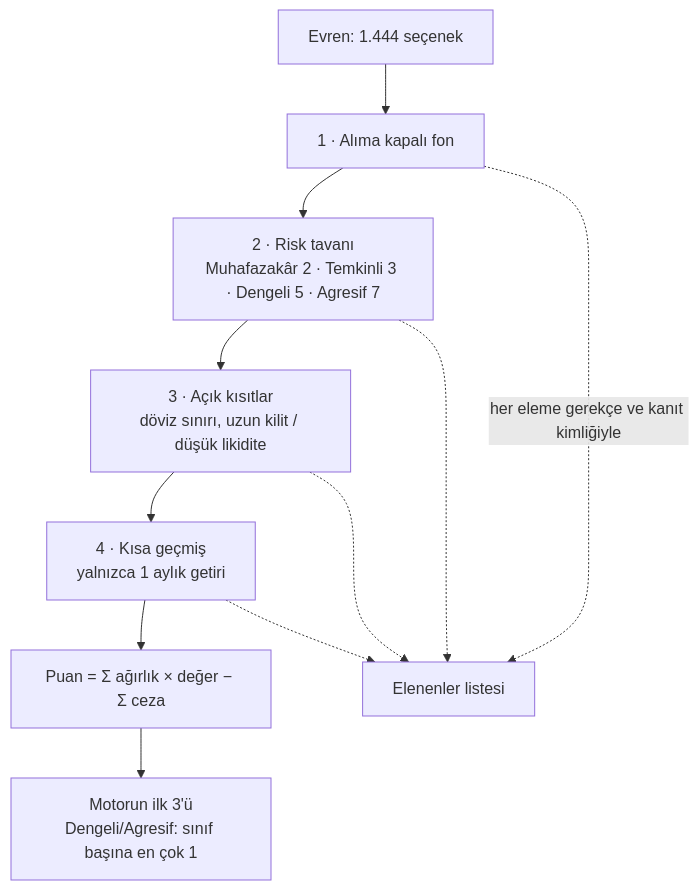
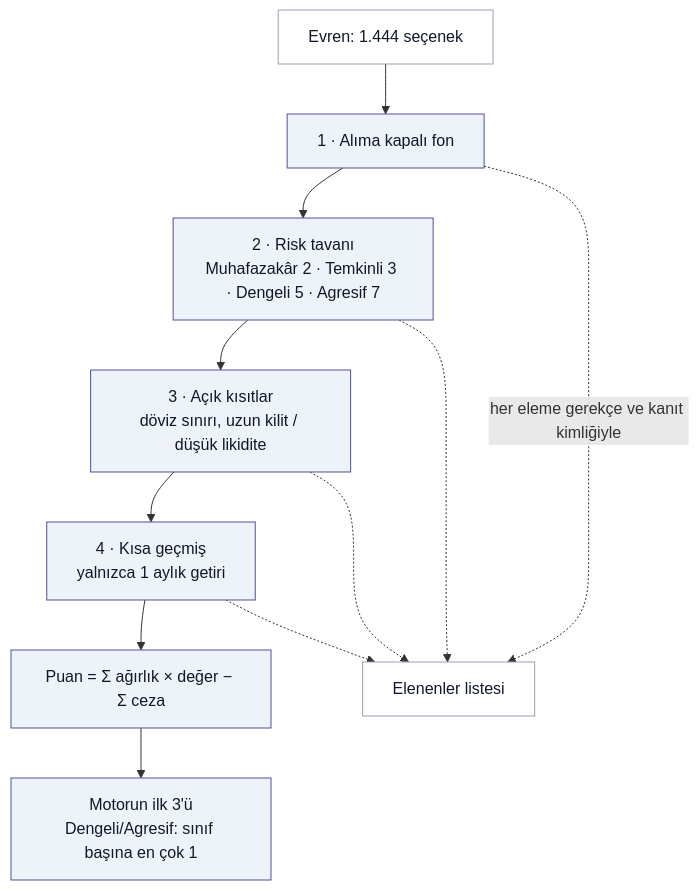
The second of 6 diagrams in README.md (ArdahanDogru/ing-hackathon-rm-prep), drawn with Mermaid before and after one commit. The commit also changed other lines of this file, not shown here.

Commit message:
README: section 0 (quick start, how to read); engine chart with inputs and outputs, colors for code / AI / RM; sections 2-8 rewritten in the voice of the opening

````diff
--- a/README.md
+++ b/README.md
@@ -138,13 +161,17 @@
 ```mermaid
 flowchart TB
     U["Evren: 1.444 seçenek"] --> R1["1 · Alıma kapalı fon"]
     R1 --> R2["2 · Risk tavanı<br/>Muhafazakâr 2 · Temkinli 3 · Dengeli 5 · Agresif 7"]
     R2 --> R3["3 · Açık kısıtlar<br/>döviz sınırı, uzun kilit / düşük likidite"]
     R3 --> R4["4 · Kısa geçmiş<br/>yalnızca 1 aylık getiri"]
     R4 --> S["Puan = Σ ağırlık × değer − Σ ceza"]
     S --> T["Motorun ilk 3'ü<br/>Dengeli/Agresif: sınıf başına en çok 1"]
     R1 -. "her eleme gerekçe ve kanıt kimliğiyle" .-> X["Elenenler listesi"]
     R2 -.-> X
     R3 -.-> X
     R4 -.-> X
+    classDef code fill:#EEF2F9,stroke:#525199,color:#101828
+    classDef io fill:#fff,stroke:#98A2B3,color:#101828
+    class R1,R2,R3,R4,S,T code
+    class U,X io
 ```
````
